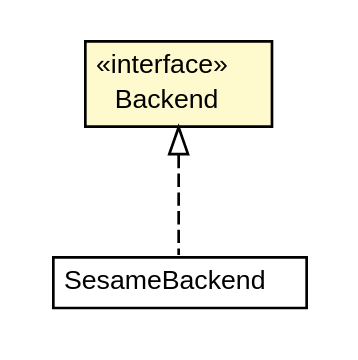
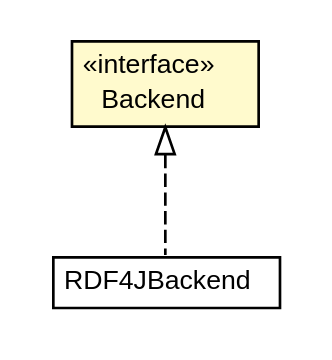
One commit to universAAL/context changed the diagram in ctxt.pom/apidocs/org/universAAL/context/che/database/Backend.dot. Above: the diagram before and after it, drawn with Graphviz. The commit also changed 970 other files, not shown here.

```diff
--- a/ctxt.pom/apidocs/org/universAAL/context/che/database/Backend.dot
+++ b/ctxt.pom/apidocs/org/universAAL/context/che/database/Backend.dot
@@ -1,27 +1,27 @@
 #!/usr/local/bin/dot
 #
 # Class diagram 
 # Generated by UMLGraph version R5_6-24-gf6e263 (http://www.umlgraph.org/)
 #
 
 digraph G {
 	edge [fontname="Helvetica",fontsize=10,labelfontname="Helvetica",labelfontsize=10];
 	node [fontname="Helvetica",fontsize=10,shape=plaintext];
 	nodesep=0.25;
 	ranksep=0.5;
 	// org.universAAL.context.che.database.Backend
-	c1735 [label=<<table title="org.universAAL.context.che.database.Backend" border="0" cellborder="1" cellspacing="0" cellpadding="2" port="p" bgcolor="lemonChiffon" href="./Backend.html">
+	c1801 [label=<<table title="org.universAAL.context.che.database.Backend" border="0" cellborder="1" cellspacing="0" cellpadding="2" port="p" bgcolor="lemonChiffon" href="./Backend.html">
 		<tr><td><table border="0" cellspacing="0" cellpadding="1">
 <tr><td align="center" balign="center"> &#171;interface&#187; </td></tr>
 <tr><td align="center" balign="center"> Backend </td></tr>
 		</table></td></tr>
 		</table>>, URL="./Backend.html", fontname="Helvetica", fontcolor="black", fontsize=10.0];
-	// org.universAAL.context.che.database.impl.SesameBackend
-	c1742 [label=<<table title="org.universAAL.context.che.database.impl.SesameBackend" border="0" cellborder="1" cellspacing="0" cellpadding="2" port="p" href="./impl/SesameBackend.html">
+	// org.universAAL.context.che.database.impl.RDF4JBackend
+	c1809 [label=<<table title="org.universAAL.context.che.database.impl.RDF4JBackend" border="0" cellborder="1" cellspacing="0" cellpadding="2" port="p" href="./impl/RDF4JBackend.html">
 		<tr><td><table border="0" cellspacing="0" cellpadding="1">
-<tr><td align="center" balign="center"> SesameBackend </td></tr>
+<tr><td align="center" balign="center"> RDF4JBackend </td></tr>
 		</table></td></tr>
-		</table>>, URL="./impl/SesameBackend.html", fontname="Helvetica", fontcolor="black", fontsize=10.0];
-	//org.universAAL.context.che.database.impl.SesameBackend implements org.universAAL.context.che.database.Backend
-	c1735:p -> c1742:p [dir=back,arrowtail=empty,style=dashed];
+		</table>>, URL="./impl/RDF4JBackend.html", fontname="Helvetica", fontcolor="black", fontsize=10.0];
+	//org.universAAL.context.che.database.impl.RDF4JBackend implements org.universAAL.context.che.database.Backend
+	c1801:p -> c1809:p [dir=back,arrowtail=empty,style=dashed];
 }
```
